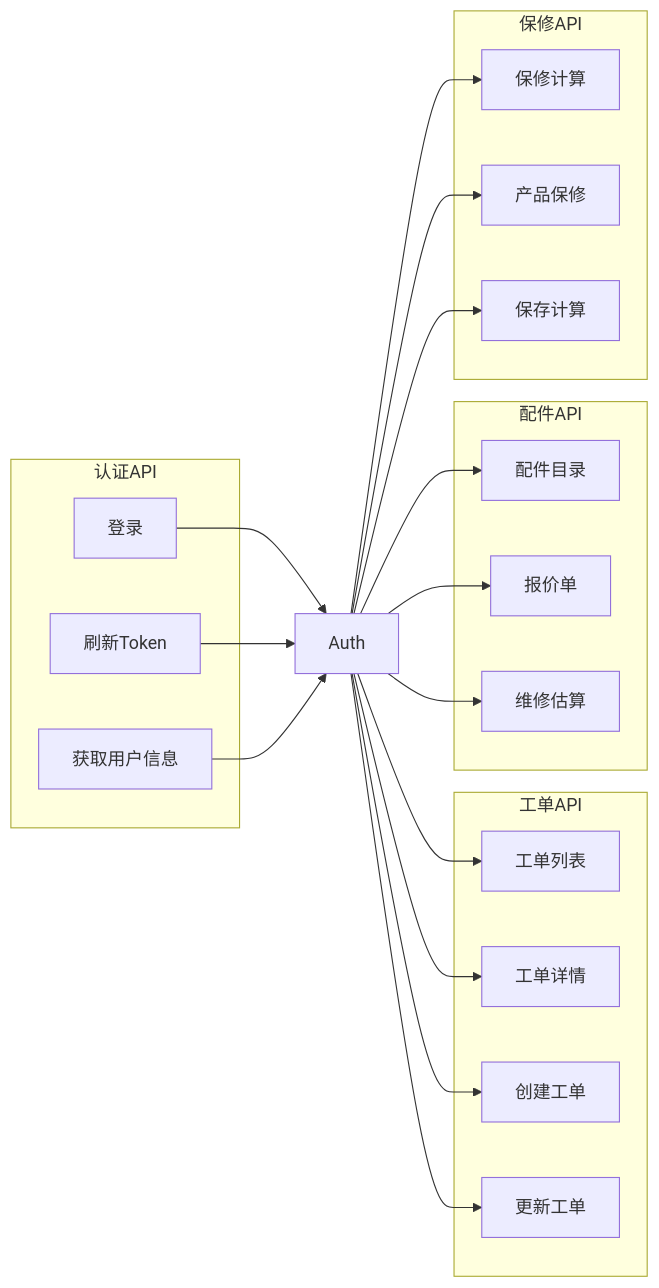
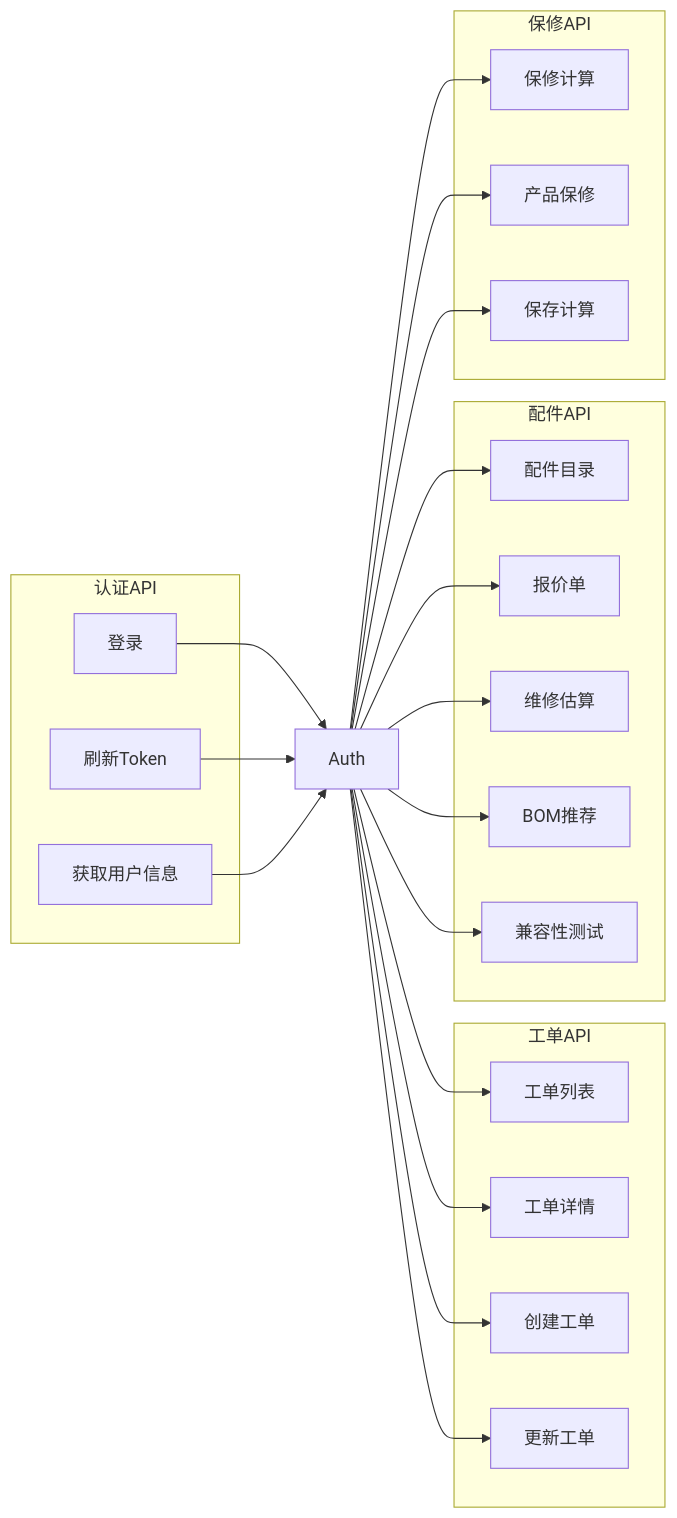
Before and after one commit to CubeEdge/Longhorn: the ninth of 9 diagrams in .qoder/repowiki/zh/content/Service Prd Documentation.md, drawn with Mermaid. The commit also changed other lines of this file and 29 other files, not shown here.

````diff
--- a/.qoder/repowiki/zh/content/Service Prd Documentation.md
+++ b/.qoder/repowiki/zh/content/Service Prd Documentation.md
@@ -724,37 +850,41 @@
 ```mermaid
 graph LR
 subgraph "认证API"
 Login[登录]
 Refresh[刷新Token]
 Me[获取用户信息]
 end
 subgraph "工单API"
 Tickets[工单列表]
 TicketDetail[工单详情]
 CreateTicket[创建工单]
 UpdateTicket[更新工单]
 end
 subgraph "配件API"
 Parts[配件目录]
 Quotations[报价单]
 Estimate[维修估算]
+BOM[BOM推荐]
+Compatibility[兼容性测试]
 end
 subgraph "保修API"
 WarrantyCalc[保修计算]
 WarrantyProduct[产品保修]
 WarrantySave[保存计算]
 end
 Login --> Auth
 Refresh --> Auth
 Me --> Auth
 Auth --> Tickets
 Auth --> TicketDetail
 Auth --> CreateTicket
 Auth --> UpdateTicket
 Auth --> Parts
 Auth --> Quotations
 Auth --> Estimate
+Auth --> BOM
+Auth --> Compatibility
 Auth --> WarrantyCalc
 Auth --> WarrantyProduct
 Auth --> WarrantySave
 ```
````
